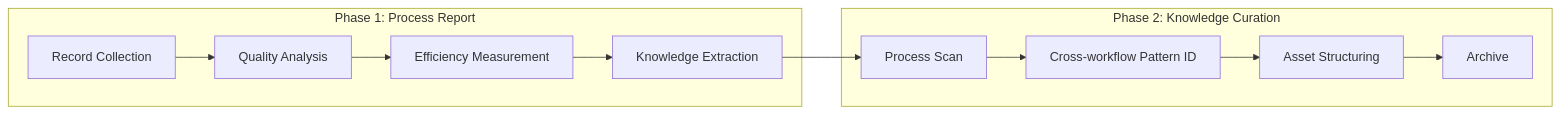
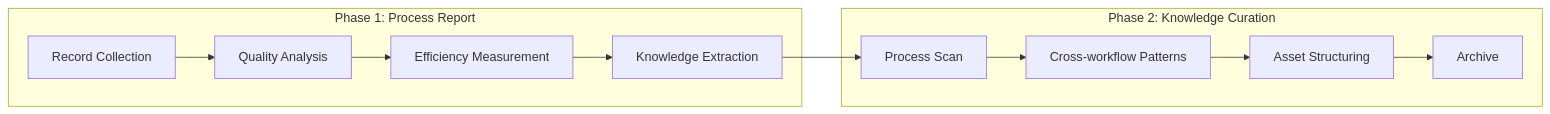
The diagram in agents/reporter/AGENT.md (effiy/YrY), drawn with Mermaid before and after one commit. The commit also changed other lines of this file and 6 other files, not shown here.

````diff
--- a/agents/reporter/AGENT.md
+++ b/agents/reporter/AGENT.md
@@ -62,14 +39,14 @@
 ```mermaid
 graph LR
     subgraph "Phase 1: Process Report"
         RC[Record Collection] --> QA[Quality Analysis]
         QA --> EM[Efficiency Measurement]
         EM --> KE[Knowledge Extraction]
     end
     subgraph "Phase 2: Knowledge Curation"
-        PS[Process Scan] --> CP[Cross-workflow Pattern ID]
+        PS[Process Scan] --> CP[Cross-workflow Patterns]
         CP --> AS[Asset Structuring]
         AS --> AR[Archive]
     end
     KE --> PS
 ```
````
